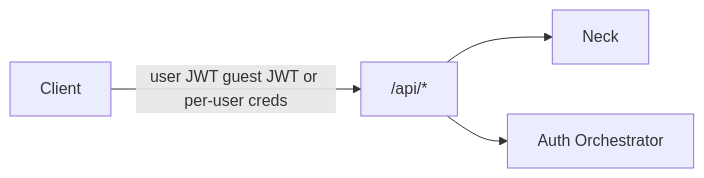
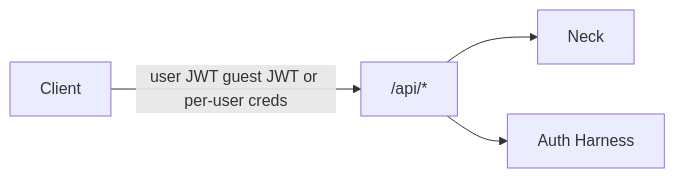
Before and after one commit to Bardie-radio/kithara: the diagram in docs/architecture/interfaces/rest-api.md, drawn with Mermaid. The commit also changed 89 other files, not shown here.

````diff
--- a/docs/architecture/interfaces/rest-api.md
+++ b/docs/architecture/interfaces/rest-api.md
@@ -3,6 +3,6 @@
 ```mermaid
 flowchart LR
   Client -->|user JWT guest JWT or per-user creds| API["/api/*"]
   API --> Neck
-  API --> AuthOrch[Auth Orchestrator]
+  API --> AuthHarness[Auth Harness]
 ```
````
